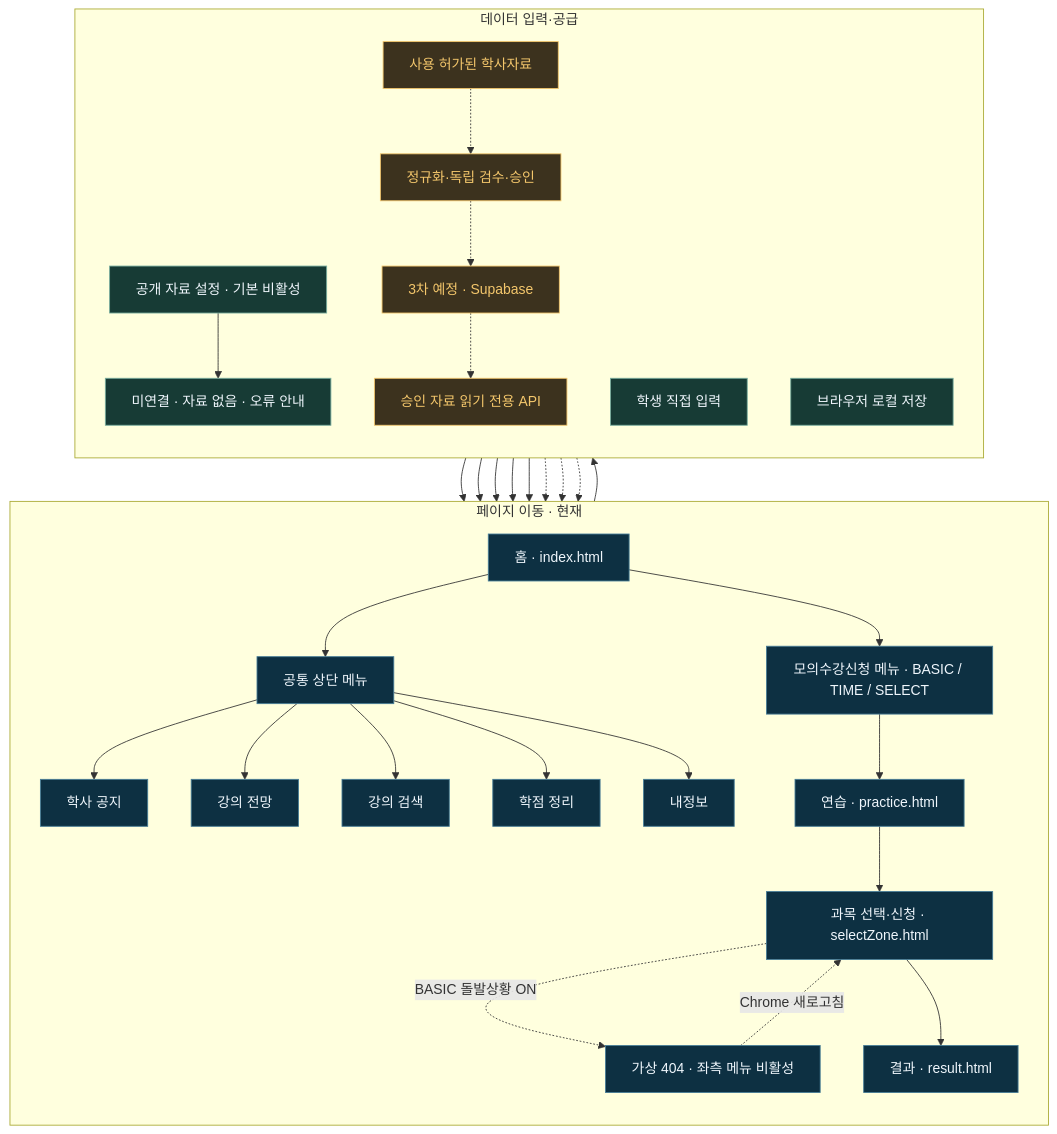
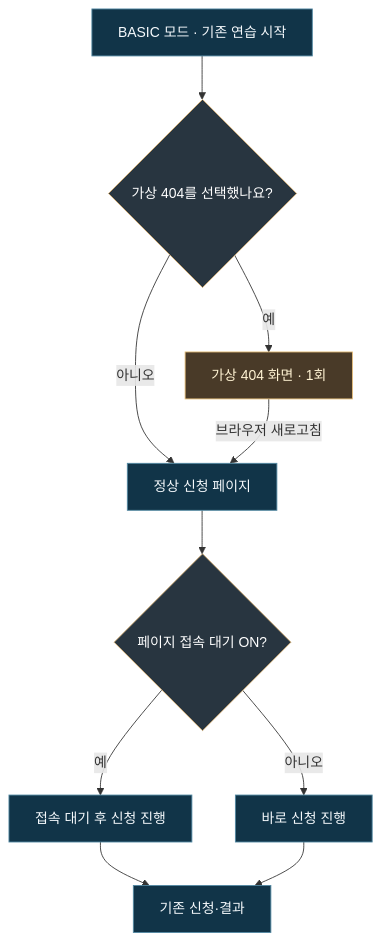
The diagram in README.md (chny0n/Hanmo), drawn with Mermaid before and after one commit. The commit also changed other lines of this file, not shown here.

Commit message:
docs(readme): redesign with full-width SVGs, current-state clarity and BASIC flowchart

````diff
--- a/README.md
+++ b/README.md
@@ -80,42 +61,19 @@
-```mermaid
+~~~mermaid
 flowchart TB
-    subgraph P["페이지 이동 · 현재"]
-        direction TB
-        H["홈 · index.html"] --> NAV["공통 상단 메뉴"]
-        NAV --> N["학사 공지"]
-        NAV --> F["강의 전망"]
-        NAV --> C["강의 검색"]
-        NAV --> G["학점 정리"]
-        NAV --> I["내정보"]
-        H --> M["모의수강신청 메뉴 · BASIC / TIME / SELECT"]
-        M --> PR["연습 · practice.html"]
-        PR --> SZ["과목 선택·신청 · selectZone.html"]
-        SZ -. "BASIC 돌발상황 ON" .-> ERR["가상 404 · 좌측 메뉴 비활성"]
-        ERR -. "Chrome 새로고침" .-> SZ
-        SZ --> R["결과 · result.html"]
-    end
+    A["BASIC 모드 · 기존 연습 시작"] --> B{"가상 404를 선택했나요?"}
+    B -- "아니오" --> D["정상 신청 페이지"]
+    B -- "예" --> C["가상 404 화면 · 1회"]
+    C -- "브라우저 새로고침" --> D
+    D --> E{"페이지 접속 대기 ON?"}
+    E -- "아니오" --> G["바로 신청 진행"]
+    E -- "예" --> F["접속 대기 후 신청 진행"]
+    F --> H["기존 신청·결과"]
+    G --> H
 
-    subgraph D["데이터 입력·공급"]
-        direction TB
-        J["공개 자료 설정 · 기본 비활성"] --> E["미연결 · 자료 없음 · 오류 안내"]
-        E --> N
-        E --> F
-        E --> C
-        U["학생 직접 입력"] --> I
-        I --> LS["브라우저 로컬 저장"]
-        U --> G
-        S["사용 허가된 학사자료"] -.-> V["정규화·독립 검수·승인"]
-        V -.-> DB["3차 예정 · Supabase"]
-        DB -.-> API["승인 자료 읽기 전용 API"]
-        API -.-> N
-        API -.-> F
-        API -.-> C
-    end
-
-    classDef page fill:#0d3042,stroke:#467c96,color:#eff6fc
-    classDef data fill:#173b35,stroke:#78ad9e,color:#eff6fc
-    classDef planned fill:#3c321e,stroke:#f4c76c,color:#f4c76c
-    class H,NAV,N,F,C,G,I,M,PR,SZ,R,ERR page
-    class J,E,U,LS data
-    class S,V,DB,API planned
-```
+    classDef original fill:#113448,stroke:#5289A3,color:#F5F9FC
+    classDef choice fill:#283540,stroke:#D5AE70,color:#FFFFFF
+    classDef incident fill:#493A28,stroke:#E7BE79,color:#FFF3D3
+    class A,D,F,G,H original
+    class B,E choice
+    class C incident
+~~~
````
